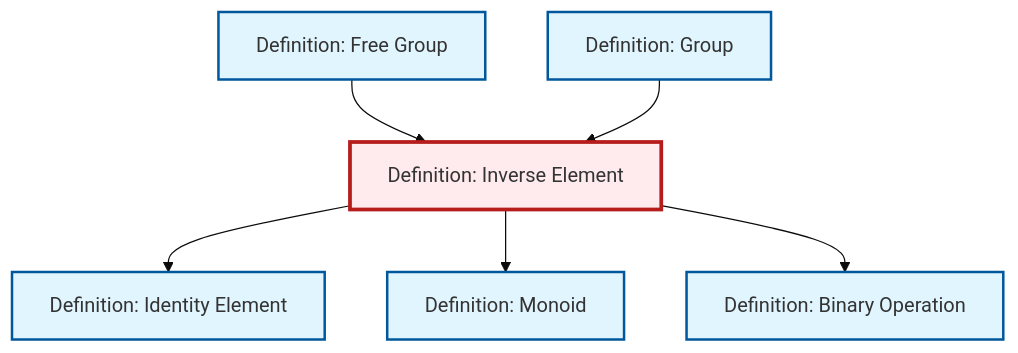
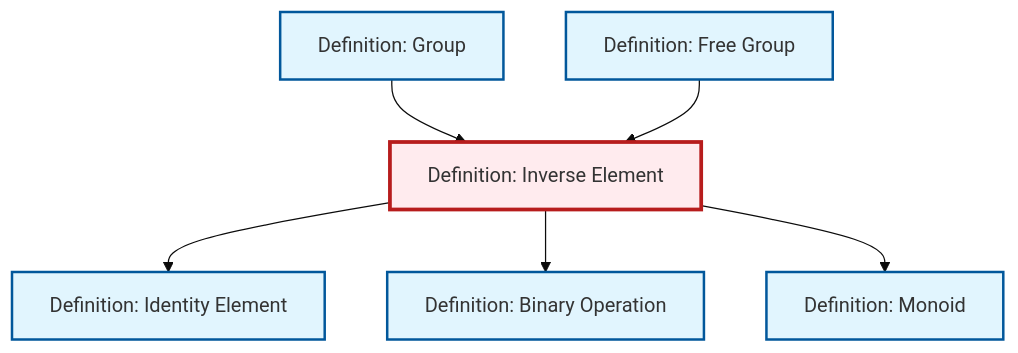
The diagram in content/en/algebra/def-inverse-element.qmd (RK0429/ModernMath), drawn with Mermaid (base theme) before and after one commit. The commit also changed other lines of this file and 328 other files, not shown here.

````diff
--- a/content/en/algebra/def-inverse-element.qmd
+++ b/content/en/algebra/def-inverse-element.qmd
@@ -84,26 +84,26 @@
 ```{mermaid}
 %%| fig-cap: "Local dependency graph"
 graph TD
     classDef definition fill:#e1f5fe,stroke:#01579b,stroke-width:2px
     classDef theorem fill:#f3e5f5,stroke:#4a148c,stroke-width:2px
     classDef axiom fill:#fff3e0,stroke:#e65100,stroke-width:2px
     classDef example fill:#e8f5e9,stroke:#1b5e20,stroke-width:2px
     classDef current fill:#ffebee,stroke:#b71c1c,stroke-width:3px
+    def-identity-element["Definition: Identity Element"]:::definition
     def-inverse-element["Definition: Inverse Element"]:::definition
     def-binary-operation["Definition: Binary Operation"]:::definition
+    def-group["Definition: Group"]:::definition
     def-monoid["Definition: Monoid"]:::definition
     def-free-group["Definition: Free Group"]:::definition
-    def-identity-element["Definition: Identity Element"]:::definition
-    def-group["Definition: Group"]:::definition
+    def-group --> def-inverse-element
     def-inverse-element --> def-identity-element
+    def-inverse-element --> def-binary-operation
     def-free-group --> def-inverse-element
     def-inverse-element --> def-monoid
-    def-inverse-element --> def-binary-operation
-    def-group --> def-inverse-element
     class def-inverse-element current
+    click def-identity-element "def-identity-element.html" "Go to Identity Element definition"
     click def-binary-operation "def-binary-operation.html" "Go to Binary Operation definition"
+    click def-group "def-group.html" "Go to Group definition"
     click def-monoid "def-monoid.html" "Go to Monoid definition"
     click def-free-group "def-free-group.html" "Go to Free Group definition"
-    click def-identity-element "def-identity-element.html" "Go to Identity Element definition"
-    click def-group "def-group.html" "Go to Group definition"
 ```
````
